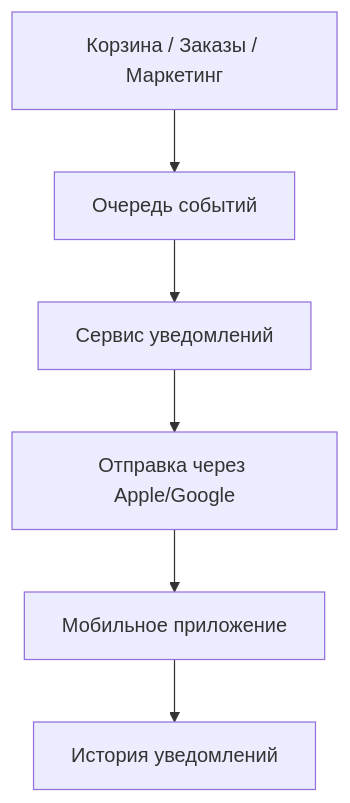
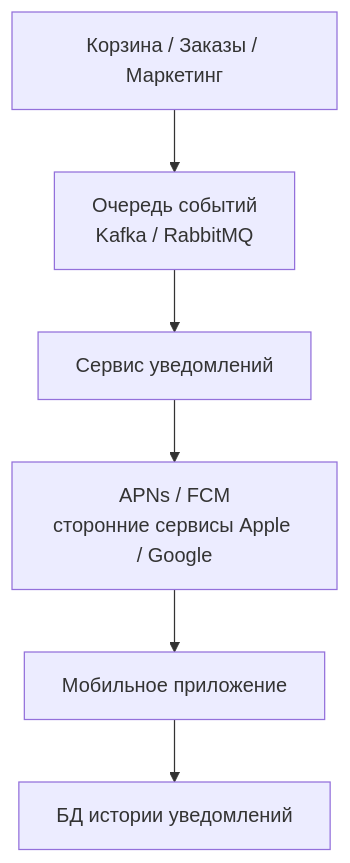
The diagram in solution_test_task_system_analyst.md (michaellu202/system-analyst-test-task), drawn with Mermaid before and after one commit. The commit also changed other lines of this file, not shown here.

````diff
--- a/solution_test_task_system_analyst.md
+++ b/solution_test_task_system_analyst.md
@@ -141,11 +141,11 @@
 ```mermaid
 flowchart TD
     A[Корзина / Заказы / Маркетинг]
-    B[Очередь событий]
+    B[Очередь событий<br/>Kafka / RabbitMQ]
     C[Сервис уведомлений]
-    D[Отправка через Apple/Google]
+    D[APNs / FCM<br/>сторонние сервисы Apple / Google]
     E[Мобильное приложение]
-    F[История уведомлений]
+    F[БД истории уведомлений]
 
     A --> B --> C --> D --> E --> F
 ```
````
